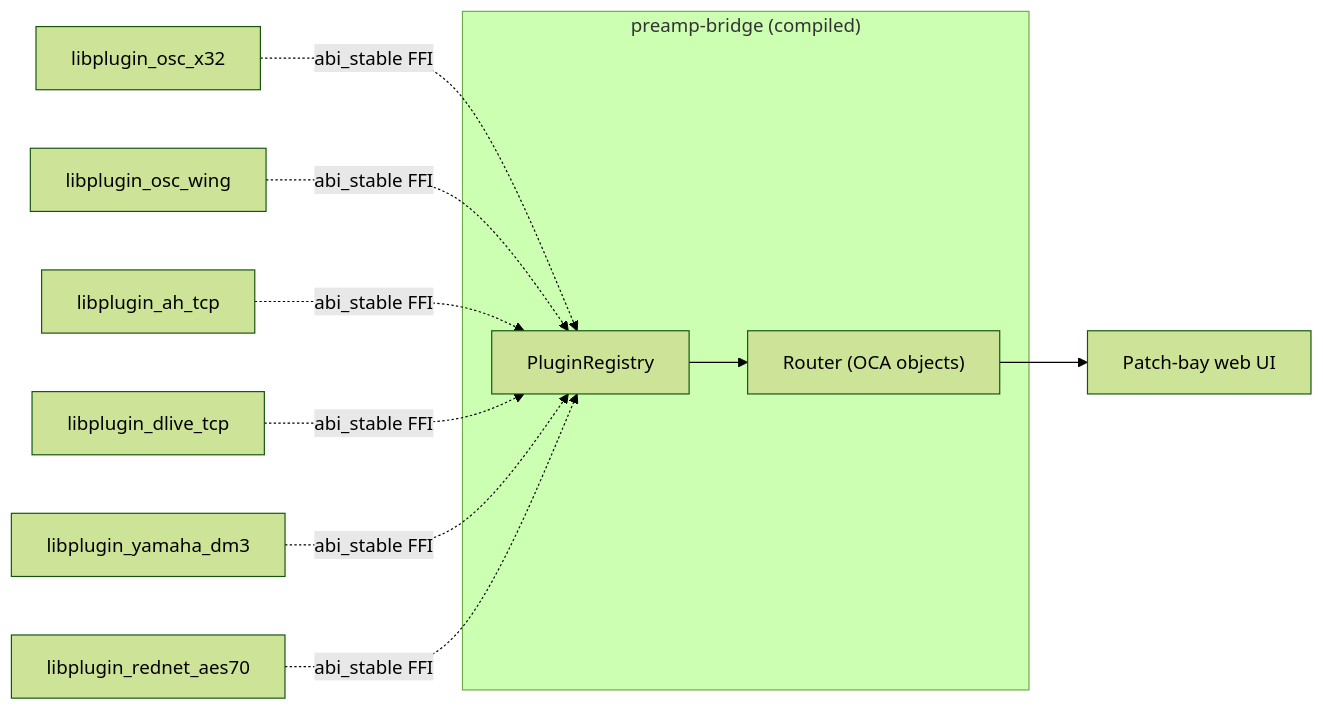
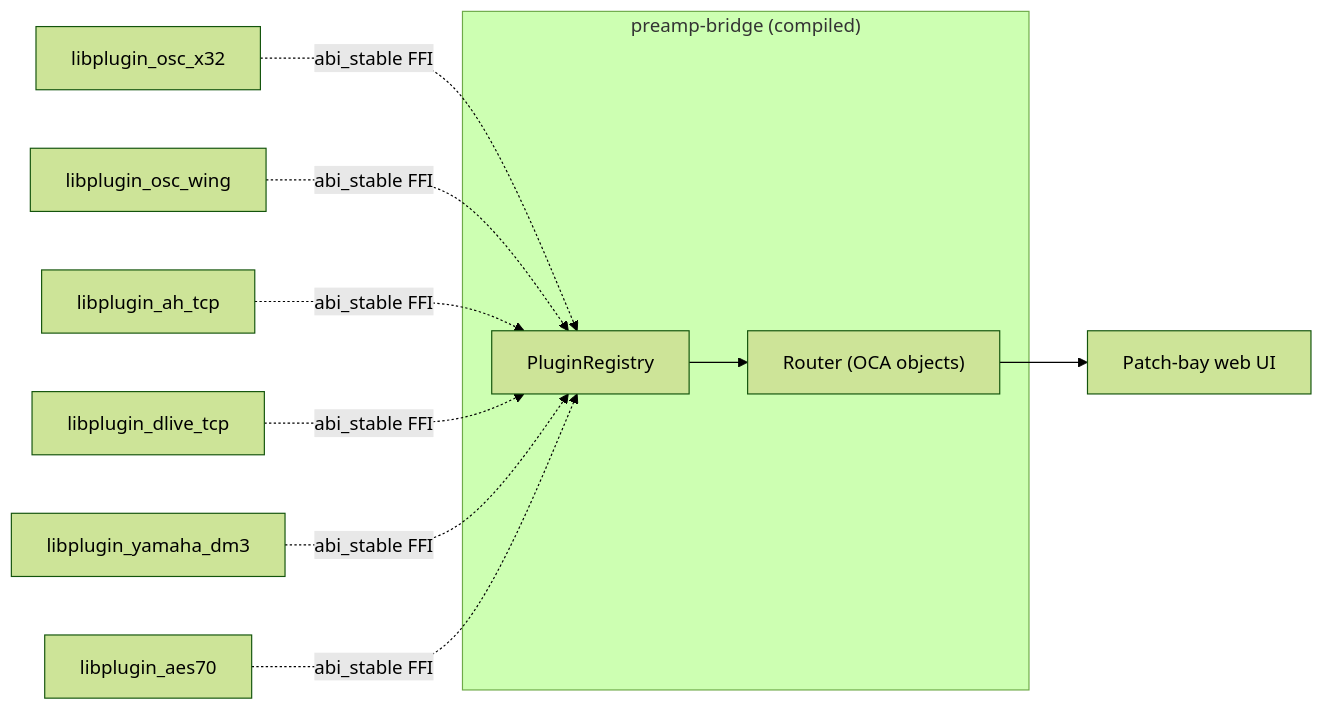
Before and after one commit to stoatworks-labs/Dante-BabelBox: the second of 2 diagrams in README.md, drawn with Mermaid (forest theme). The commit also changed other lines of this file and 12 other files, not shown here.

````diff
--- a/README.md
+++ b/README.md
@@ -222,14 +222,14 @@
 ```mermaid
 flowchart LR
     subgraph Host["preamp-bridge (compiled)"]
         Reg["PluginRegistry"]
         Reg --> Router
     end
     X32["libplugin_osc_x32"] -. abi_stable FFI .-> Reg
     Wing["libplugin_osc_wing"] -. abi_stable FFI .-> Reg
     Ahm["libplugin_ah_tcp"] -. abi_stable FFI .-> Reg
     Dlive["libplugin_dlive_tcp"] -. abi_stable FFI .-> Reg
     Dm3["libplugin_yamaha_dm3"] -. abi_stable FFI .-> Reg
-    RedNet["libplugin_rednet_aes70"] -. abi_stable FFI .-> Reg
+    Aes70["libplugin_aes70"] -. abi_stable FFI .-> Reg
     Router["Router (OCA objects)"] --> Web["Patch-bay web UI"]
 ```
````
